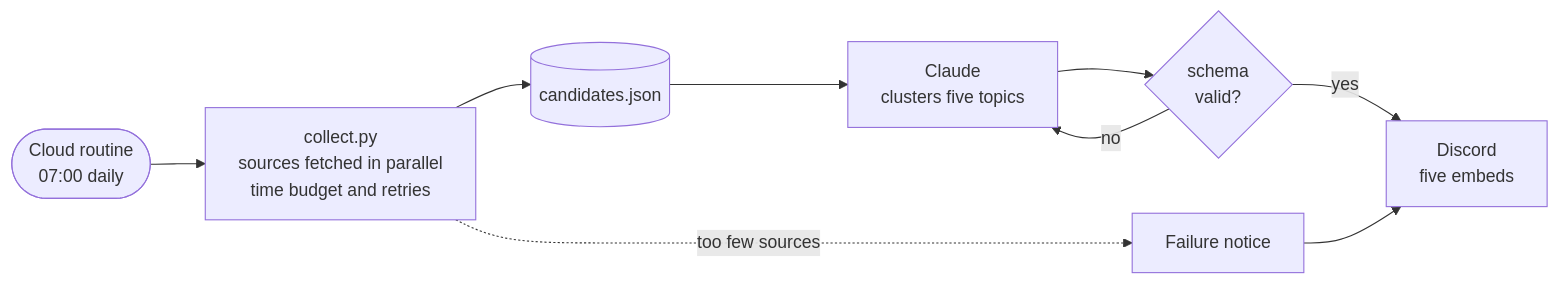
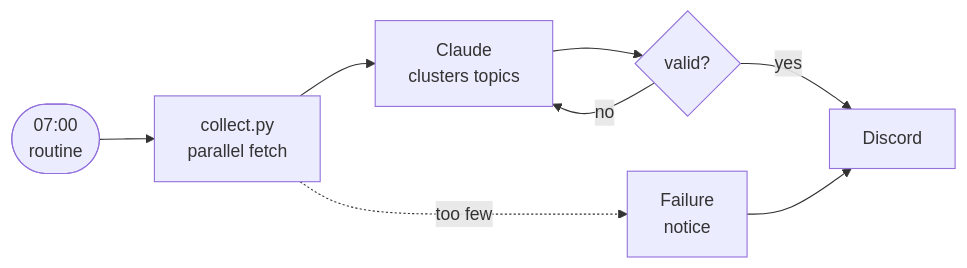
One commit to bnivibe/bnivibe changed the second of 2 diagrams in README.md. Above: the diagram before and after it, drawn with Mermaid. The commit also changed other lines of this file, not shown here.

First line of the commit message:
[claude] fix: make profile diagrams readable and render reliably

````diff
--- a/README.md
+++ b/README.md
@@ -58,11 +56,10 @@
 ```mermaid
 flowchart LR
-    R(["Cloud routine<br/>07:00 daily"]) --> C["collect.py<br/>sources fetched in parallel<br/>time budget and retries"]
-    C --> J[("candidates.json")]
-    J --> L["Claude<br/>clusters five topics"]
-    L --> V{"schema<br/>valid?"}
+    R(["07:00<br/>routine"]) --> C["collect.py<br/>parallel fetch"]
+    C --> L["Claude<br/>clusters topics"]
+    L --> V{"valid?"}
     V -- no --> L
-    V -- yes --> D["Discord<br/>five embeds"]
-    C -. too few sources .-> F["Failure notice"]
+    V -- yes --> D["Discord"]
+    C -. too few .-> F["Failure<br/>notice"]
     F --> D
 ```
````
